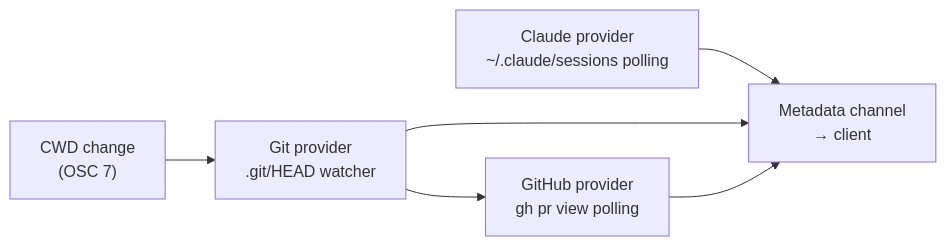
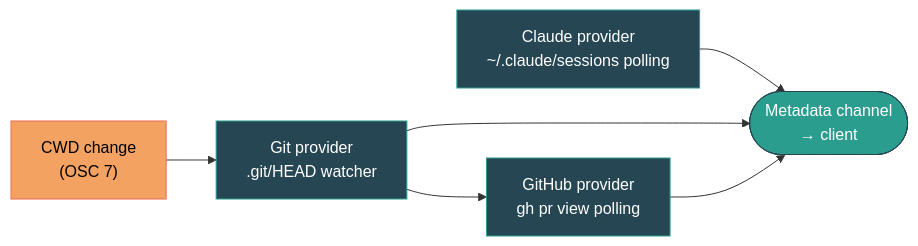
Before and after one commit to juspay/kolu: the first of 2 diagrams in README.md, drawn with Mermaid. The commit also changed other lines of this file, not shown here.

Commit message:
docs: style Mermaid diagrams with color-coded nodes and subgraph borders

````diff
--- a/README.md
+++ b/README.md
@@ -105,8 +105,12 @@
 ```mermaid
 flowchart LR
-  CWD["CWD change\n(OSC 7)"] --> Git["Git provider\n.git/HEAD watcher"]
-  Git --> GitHub["GitHub provider\ngh pr view polling"]
-  Claude["Claude provider\n~/.claude/sessions polling"] --> Meta
-  Git --> Meta["Metadata channel\n→ client"]
+  CWD["CWD change\n(OSC 7)"]:::trigger --> Git["Git provider\n.git/HEAD watcher"]:::provider
+  Git --> GitHub["GitHub provider\ngh pr view polling"]:::provider
+  Claude["Claude provider\n~/.claude/sessions polling"]:::provider --> Meta
+  Git --> Meta(["Metadata channel\n→ client"]):::output
   GitHub --> Meta
+
+  classDef trigger fill:#f4a261,stroke:#e76f51,color:#000
+  classDef provider fill:#264653,stroke:#2a9d8f,color:#fff
+  classDef output fill:#2a9d8f,stroke:#264653,color:#fff
 ```
````
